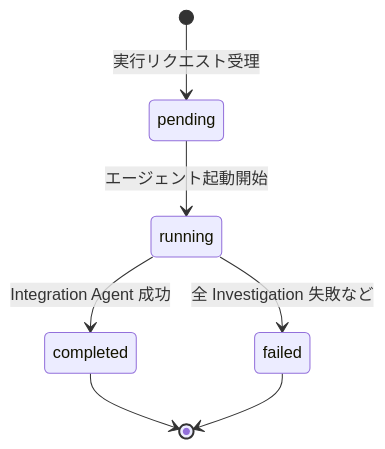
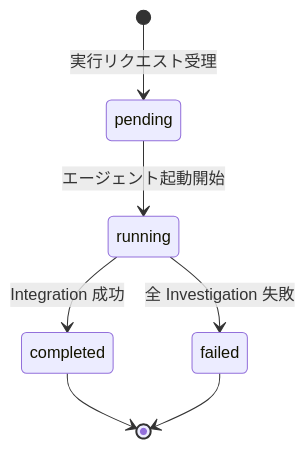
One commit to kuairen-227/agent-team-studio changed the third of 3 diagrams in docs/design/data-model.md. Above: the diagram before and after it, drawn with Mermaid. The commit also changed other lines of this file and 1 other file, not shown here.

````diff
--- a/docs/design/data-model.md
+++ b/docs/design/data-model.md
@@ -145,9 +143,9 @@
 ```mermaid
 stateDiagram-v2
     [*] --> pending : 実行リクエスト受理
     pending --> running : エージェント起動開始
-    running --> completed : Integration Agent 成功
-    running --> failed : 全 Investigation 失敗など
+    running --> completed : Integration 成功
+    running --> failed : 全 Investigation 失敗
     completed --> [*]
     failed --> [*]
 ```
````
